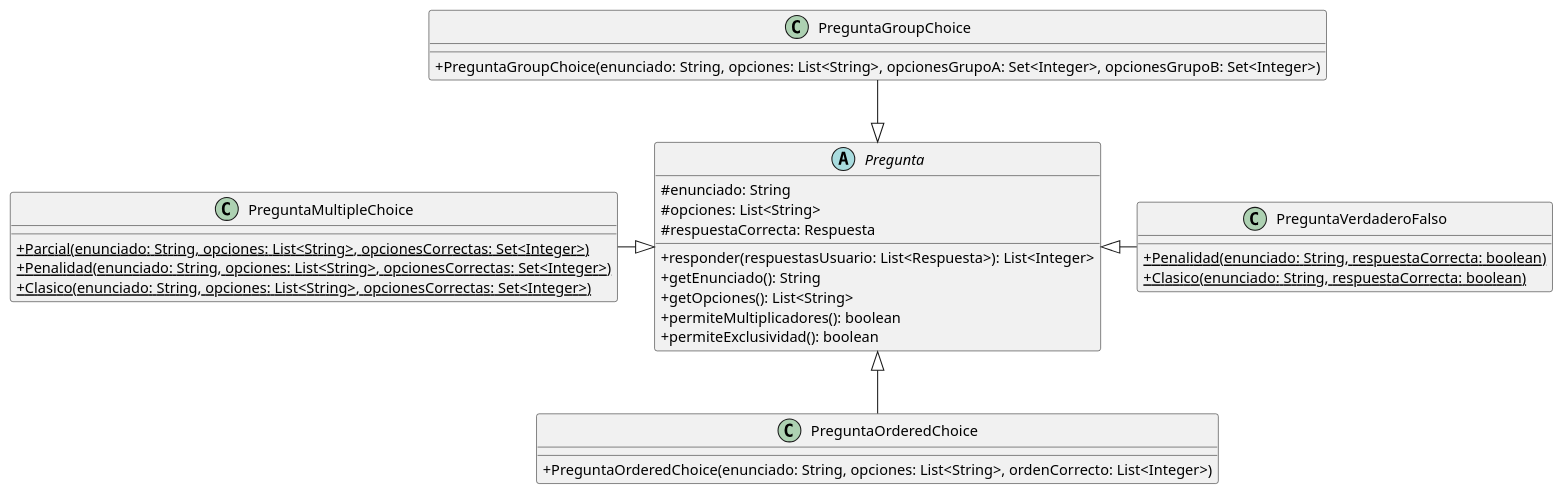
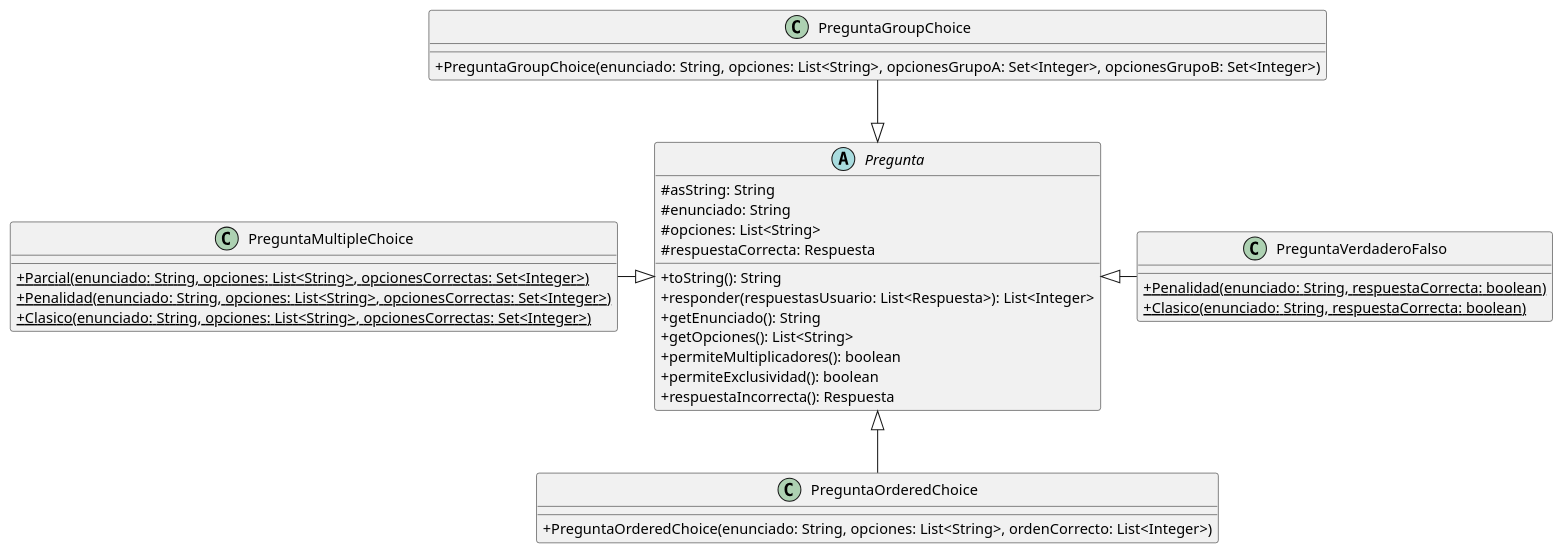
The diagram in Documentacion/Diagramas de Clases/Diagrama de Clases Preguntas.puml (gcc-cdimatteo/Algoritmos-y-Programacion-III-75.07), drawn with PlantUML before and after one commit. The commit also changed 4 other files, not shown here.

Commit message:
uml: listo diagramas de clase

```diff
--- a/Documentacion/Diagramas de Clases/Diagrama de Clases Preguntas.puml
+++ b/Documentacion/Diagramas de Clases/Diagrama de Clases Preguntas.puml
@@ -1,53 +1,56 @@
 @startuml
 skinparam classAttributeIconSize 0
 
 abstract class Pregunta {
+    # asString: String
     # enunciado: String
     # opciones: List<String>
     # respuestaCorrecta: Respuesta
+    + toString(): String
     + responder(respuestasUsuario: List<Respuesta>): List<Integer>
     + getEnunciado(): String
     + getOpciones(): List<String>
     + permiteMultiplicadores(): boolean
     + permiteExclusividad(): boolean
+    + respuestaIncorrecta(): Respuesta
 }
 
 class PreguntaVerdaderoFalso {
     + {static} Penalidad(enunciado: String, respuestaCorrecta: boolean)
     + {static} Clasico(enunciado: String, respuestaCorrecta: boolean)
 }
 
 class PreguntaGroupChoice {
     + PreguntaGroupChoice(enunciado: String, opciones: List<String>, opcionesGrupoA: Set<Integer>, opcionesGrupoB: Set<Integer>)
 }
 
 class PreguntaOrderedChoice {
     + PreguntaOrderedChoice(enunciado: String, opciones: List<String>, ordenCorrecto: List<Integer>)
 }
 
 class PreguntaMultipleChoice {
     + {static} Parcial(enunciado: String, opciones: List<String>, opcionesCorrectas: Set<Integer>)
     + {static} Penalidad(enunciado: String, opciones: List<String>, opcionesCorrectas: Set<Integer>)
     + {static} Clasico(enunciado: String, opciones: List<String>, opcionesCorrectas: Set<Integer>)
 }
 
 'Ordenamiento De Cuadrados
 
 'Herencia --|> cumple la relación 'es un'
 Pregunta <|-up- PreguntaGroupChoice
 Pregunta <|-left- PreguntaMultipleChoice
 Pregunta <|-down- PreguntaOrderedChoice
 Pregunta <|-right- PreguntaVerdaderoFalso
 
 'Asociacion --> un objeto guarda a otro
 
 'Agregacion --o un objeto esta compuesto por otro pero no lo necesita para vivir
 
 'Composicion --* un objeto es dueño de otro
 
 'Dependencia ..> un objeto utiliza a otro porque lo recibe/devuelve
 
 'Interfaces ..|> colección de declaraciones de métodos sin implemetnar
 
 
 @enduml
```
